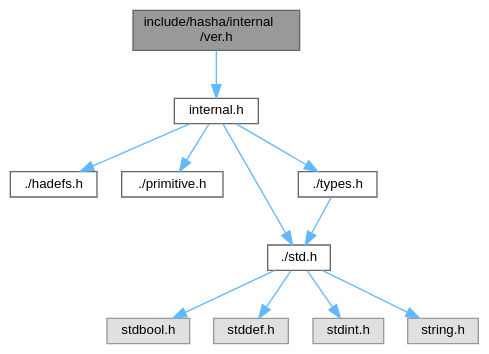
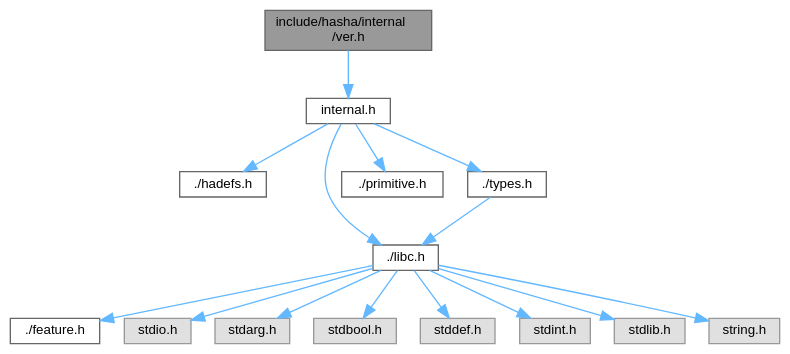
One commit to reslaid32/hasha changed the diagram in docs/dc/dd5/ver_8h__incl.dot. Above: the diagram before and after it, drawn with Graphviz. The commit also changed 203 other files, not shown here.

```diff
--- a/docs/dc/dd5/ver_8h__incl.dot
+++ b/docs/dc/dd5/ver_8h__incl.dot
@@ -1,27 +1,35 @@
 digraph "include/hasha/internal/ver.h"
 {
  // LATEX_PDF_SIZE
   bgcolor="transparent";
   edge [fontname=Helvetica,fontsize=10,labelfontname=Helvetica,labelfontsize=10];
   node [fontname=Helvetica,fontsize=10,shape=box,height=0.2,width=0.4];
   Node1 [id="Node000001",label="include/hasha/internal\l/ver.h",height=0.2,width=0.4,color="gray40", fillcolor="grey60", style="filled", fontcolor="black",tooltip=" "];
   Node1 -> Node2 [id="edge1_Node000001_Node000002",color="steelblue1",style="solid",tooltip=" "];
   Node2 [id="Node000002",label="internal.h",height=0.2,width=0.4,color="grey40", fillcolor="white", style="filled",URL="$db/dde/internal_8h.html",tooltip=" "];
   Node2 -> Node3 [id="edge2_Node000002_Node000003",color="steelblue1",style="solid",tooltip=" "];
   Node3 [id="Node000003",label="./hadefs.h",height=0.2,width=0.4,color="grey40", fillcolor="white", style="filled",URL="$d5/d5e/hadefs_8h.html",tooltip=" "];
   Node2 -> Node4 [id="edge3_Node000002_Node000004",color="steelblue1",style="solid",tooltip=" "];
-  Node4 [id="Node000004",label="./primitive.h",height=0.2,width=0.4,color="grey40", fillcolor="white", style="filled",URL="$d1/d71/primitive_8h.html",tooltip=" "];
-  Node2 -> Node5 [id="edge4_Node000002_Node000005",color="steelblue1",style="solid",tooltip=" "];
-  Node5 [id="Node000005",label="./std.h",height=0.2,width=0.4,color="grey40", fillcolor="white", style="filled",URL="$d6/dc4/std_8h.html",tooltip=" "];
-  Node5 -> Node6 [id="edge5_Node000005_Node000006",color="steelblue1",style="solid",tooltip=" "];
-  Node6 [id="Node000006",label="stdbool.h",height=0.2,width=0.4,color="grey60", fillcolor="#E0E0E0", style="filled",tooltip=" "];
-  Node5 -> Node7 [id="edge6_Node000005_Node000007",color="steelblue1",style="solid",tooltip=" "];
-  Node7 [id="Node000007",label="stddef.h",height=0.2,width=0.4,color="grey60", fillcolor="#E0E0E0", style="filled",tooltip=" "];
-  Node5 -> Node8 [id="edge7_Node000005_Node000008",color="steelblue1",style="solid",tooltip=" "];
-  Node8 [id="Node000008",label="stdint.h",height=0.2,width=0.4,color="grey60", fillcolor="#E0E0E0", style="filled",tooltip=" "];
-  Node5 -> Node9 [id="edge8_Node000005_Node000009",color="steelblue1",style="solid",tooltip=" "];
-  Node9 [id="Node000009",label="string.h",height=0.2,width=0.4,color="grey60", fillcolor="#E0E0E0", style="filled",tooltip=" "];
-  Node2 -> Node10 [id="edge9_Node000002_Node000010",color="steelblue1",style="solid",tooltip=" "];
-  Node10 [id="Node000010",label="./types.h",height=0.2,width=0.4,color="grey40", fillcolor="white", style="filled",URL="$d9/d49/types_8h.html",tooltip=" "];
-  Node10 -> Node5 [id="edge10_Node000010_Node000005",color="steelblue1",style="solid",tooltip=" "];
+  Node4 [id="Node000004",label="./libc.h",height=0.2,width=0.4,color="grey40", fillcolor="white", style="filled",URL="$db/dc8/libc_8h.html",tooltip=" "];
+  Node4 -> Node5 [id="edge4_Node000004_Node000005",color="steelblue1",style="solid",tooltip=" "];
+  Node5 [id="Node000005",label="./feature.h",height=0.2,width=0.4,color="grey40", fillcolor="white", style="filled",URL="$d2/d74/feature_8h.html",tooltip=" "];
+  Node4 -> Node6 [id="edge5_Node000004_Node000006",color="steelblue1",style="solid",tooltip=" "];
+  Node6 [id="Node000006",label="stdio.h",height=0.2,width=0.4,color="grey60", fillcolor="#E0E0E0", style="filled",tooltip=" "];
+  Node4 -> Node7 [id="edge6_Node000004_Node000007",color="steelblue1",style="solid",tooltip=" "];
+  Node7 [id="Node000007",label="stdarg.h",height=0.2,width=0.4,color="grey60", fillcolor="#E0E0E0", style="filled",tooltip=" "];
+  Node4 -> Node8 [id="edge7_Node000004_Node000008",color="steelblue1",style="solid",tooltip=" "];
+  Node8 [id="Node000008",label="stdbool.h",height=0.2,width=0.4,color="grey60", fillcolor="#E0E0E0", style="filled",tooltip=" "];
+  Node4 -> Node9 [id="edge8_Node000004_Node000009",color="steelblue1",style="solid",tooltip=" "];
+  Node9 [id="Node000009",label="stddef.h",height=0.2,width=0.4,color="grey60", fillcolor="#E0E0E0", style="filled",tooltip=" "];
+  Node4 -> Node10 [id="edge9_Node000004_Node000010",color="steelblue1",style="solid",tooltip=" "];
+  Node10 [id="Node000010",label="stdint.h",height=0.2,width=0.4,color="grey60", fillcolor="#E0E0E0", style="filled",tooltip=" "];
+  Node4 -> Node11 [id="edge10_Node000004_Node000011",color="steelblue1",style="solid",tooltip=" "];
+  Node11 [id="Node000011",label="stdlib.h",height=0.2,width=0.4,color="grey60", fillcolor="#E0E0E0", style="filled",tooltip=" "];
+  Node4 -> Node12 [id="edge11_Node000004_Node000012",color="steelblue1",style="solid",tooltip=" "];
+  Node12 [id="Node000012",label="string.h",height=0.2,width=0.4,color="grey60", fillcolor="#E0E0E0", style="filled",tooltip=" "];
+  Node2 -> Node13 [id="edge12_Node000002_Node000013",color="steelblue1",style="solid",tooltip=" "];
+  Node13 [id="Node000013",label="./primitive.h",height=0.2,width=0.4,color="grey40", fillcolor="white", style="filled",URL="$d1/d71/primitive_8h.html",tooltip=" "];
+  Node2 -> Node14 [id="edge13_Node000002_Node000014",color="steelblue1",style="solid",tooltip=" "];
+  Node14 [id="Node000014",label="./types.h",height=0.2,width=0.4,color="grey40", fillcolor="white", style="filled",URL="$d9/d49/types_8h.html",tooltip=" "];
+  Node14 -> Node4 [id="edge14_Node000014_Node000004",color="steelblue1",style="solid",tooltip=" "];
 }
```
